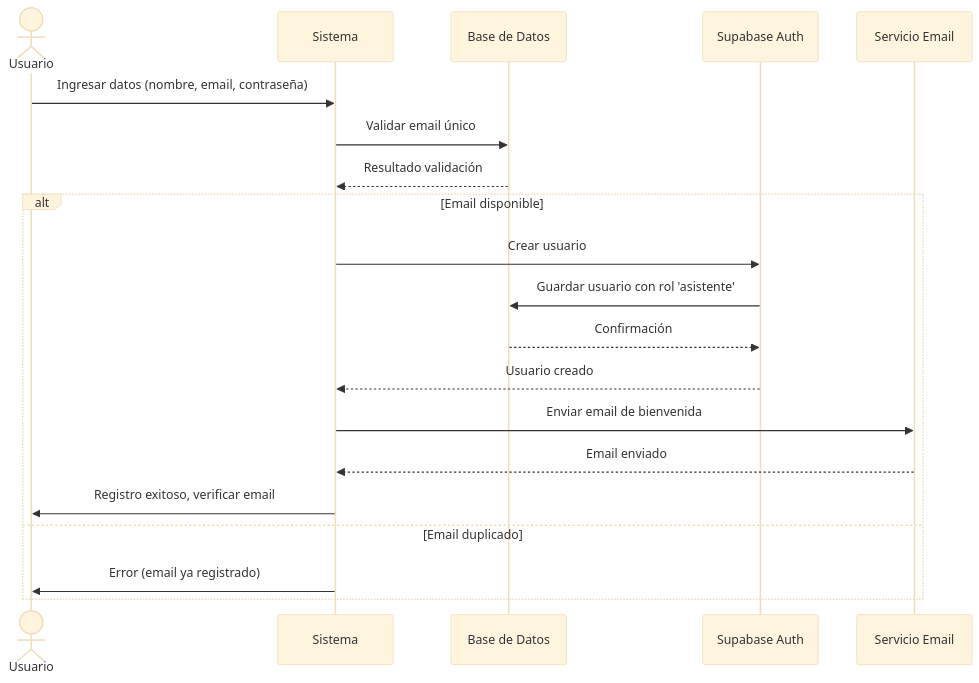
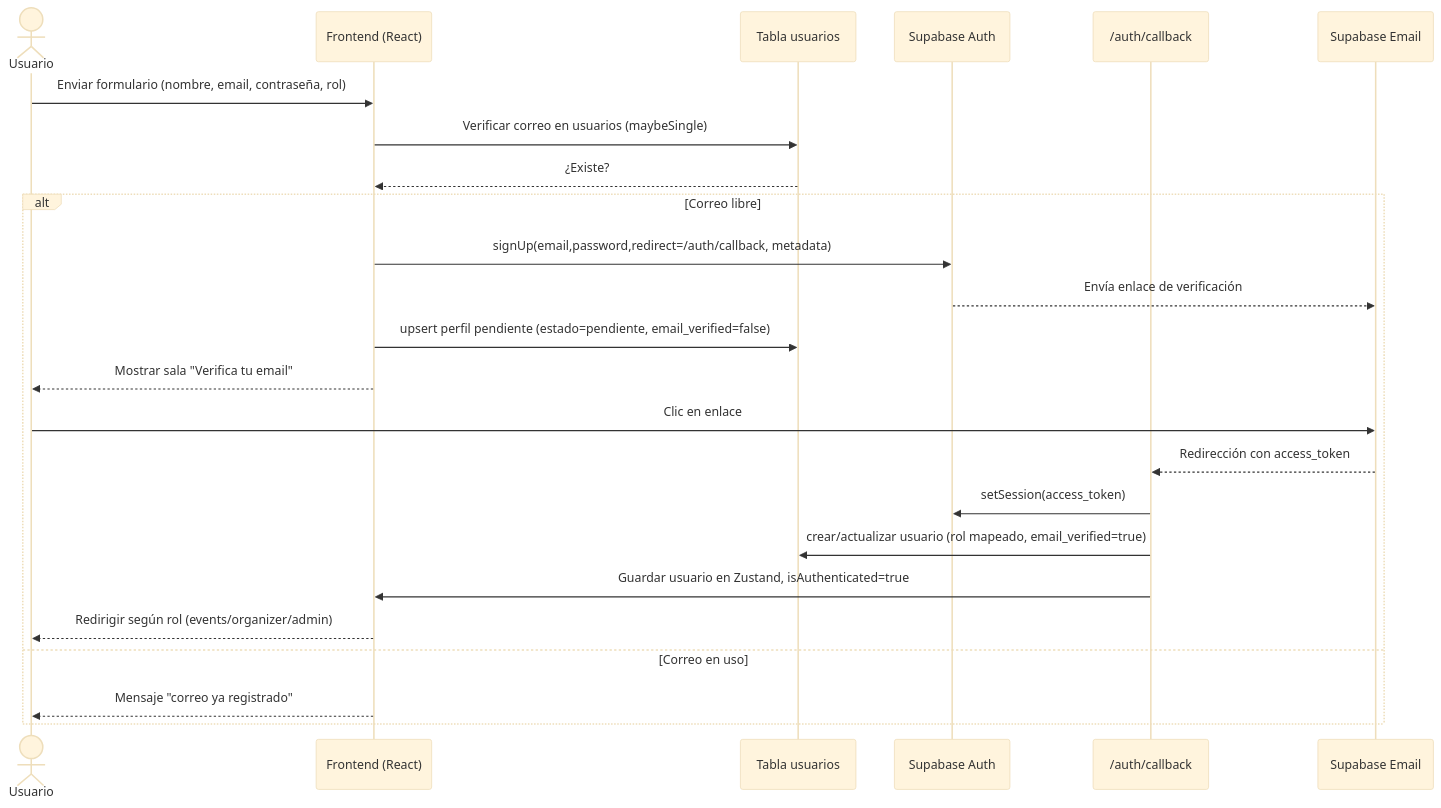
Before and after one commit to Deibyd07/Gestion-de-Eventos: the first of 33 diagrams in Documentacion/Diagramas/Diagrama_Secuencias.md, drawn with Mermaid (base theme). The commit also changed other lines of this file, not shown here.

Commit message:
Update sequence diagrams to reflect actual implementation

````diff
--- a/Documentacion/Diagramas/Diagrama_Secuencias.md
+++ b/Documentacion/Diagramas/Diagrama_Secuencias.md
@@ -22,23 +22,27 @@
 ```mermaid
 sequenceDiagram
     actor Usuario
-    participant Sistema
-    participant BD as Base de Datos
+    participant App as Frontend (React)
+    participant BD as Tabla usuarios
     participant Auth as Supabase Auth
-    participant Email as Servicio Email
-    
-    Usuario->>Sistema: Ingresar datos (nombre, email, contraseña)
-    Sistema->>BD: Validar email único
-    BD-->>Sistema: Resultado validación
-    alt Email disponible
-        Sistema->>Auth: Crear usuario
-        Auth->>BD: Guardar usuario con rol 'asistente'
-        BD-->>Auth: Confirmación
-        Auth-->>Sistema: Usuario creado
-        Sistema->>Email: Enviar email de bienvenida
-        Email-->>Sistema: Email enviado
-        Sistema->>Usuario: Registro exitoso, verificar email
-    else Email duplicado
-        Sistema->>Usuario: Error (email ya registrado)
+    participant Callback as /auth/callback
+    participant Email as Supabase Email
+
+    Usuario->>App: Enviar formulario (nombre, email, contraseña, rol)
+    App->>BD: Verificar correo en usuarios (maybeSingle)
+    BD-->>App: ¿Existe?
+    alt Correo libre
+        App->>Auth: signUp(email,password,redirect=/auth/callback, metadata)
+        Auth-->>Email: Envía enlace de verificación
+        App->>BD: upsert perfil pendiente (estado=pendiente, email_verified=false)
+        App-->>Usuario: Mostrar sala "Verifica tu email"
+        Usuario->>Email: Clic en enlace
+        Email-->>Callback: Redirección con access_token
+        Callback->>Auth: setSession(access_token)
+        Callback->>BD: crear/actualizar usuario (rol mapeado, email_verified=true)
+        Callback->>App: Guardar usuario en Zustand, isAuthenticated=true
+        App-->>Usuario: Redirigir según rol (events/organizer/admin)
+    else Correo en uso
+        App-->>Usuario: Mensaje "correo ya registrado"
     end
 ```
````
